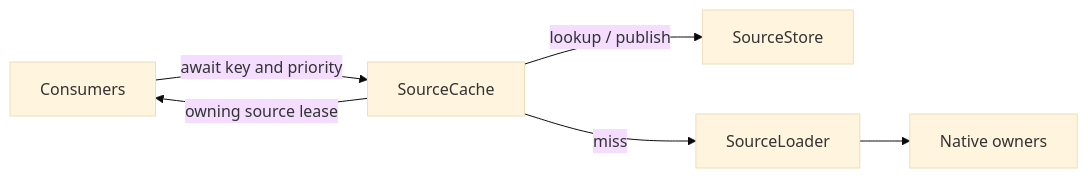
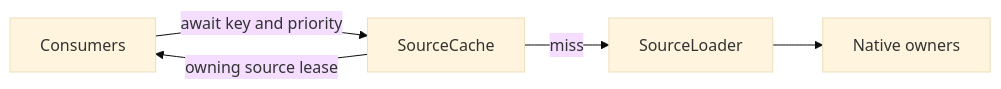
Before and after one commit to emil-e/antitone: the diagram in docs/architecture.md, drawn with Mermaid (base theme). The commit also changed other lines of this file and 58 other files, not shown here.

First line of the commit message:
Keep source cache ownership in DocumentScope

````diff
--- a/docs/architecture.md
+++ b/docs/architecture.md
@@ -56,8 +56,7 @@
 ```mermaid
 flowchart LR
     Consumer[Consumers] -->|await key and priority| Cache[SourceCache]
-    Cache -->|lookup / publish| Store[SourceStore]
     Cache -->|miss| Loader[SourceLoader]
     Loader --> Native[Native owners]
     Cache -->|owning source lease| Consumer
 ```
````
